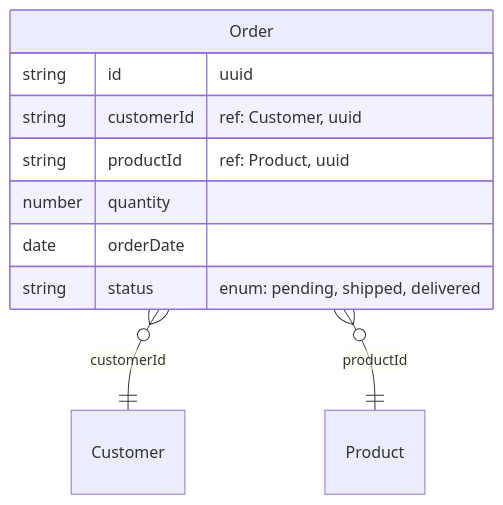
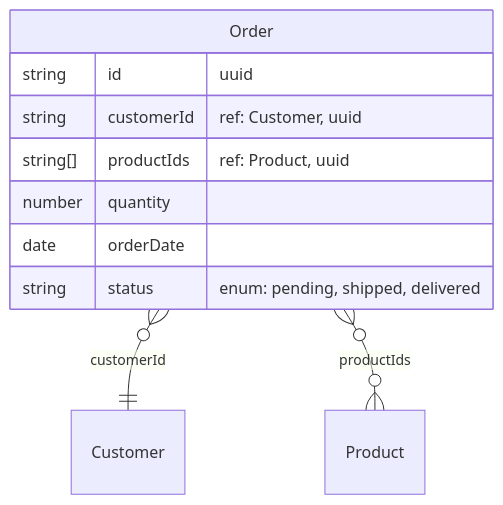
Diagram 14 of 16 in examples/mermaid-examples.md (kothar/zod-mermaid), drawn with Mermaid before and after one commit. The commit also changed other lines of this file and 4 other files, not shown here.

````diff
--- a/examples/mermaid-examples.md
+++ b/examples/mermaid-examples.md
@@ -351,17 +351,17 @@
 ```mermaid
 erDiagram
     Order {
         string id "uuid"
         string customerId "ref: Customer, uuid"
-        string productId "ref: Product, uuid"
+        string[] productIds "ref: Product, uuid"
         number quantity
         date orderDate
         string status "enum: pending, shipped, delivered"
     }
     Customer {
     }
     Product {
     }
     Order }o--|| Customer : "customerId"
-    Order }o--|| Product : "productId"
+    Order }o--o{ Product : "productIds"
 ```
````
